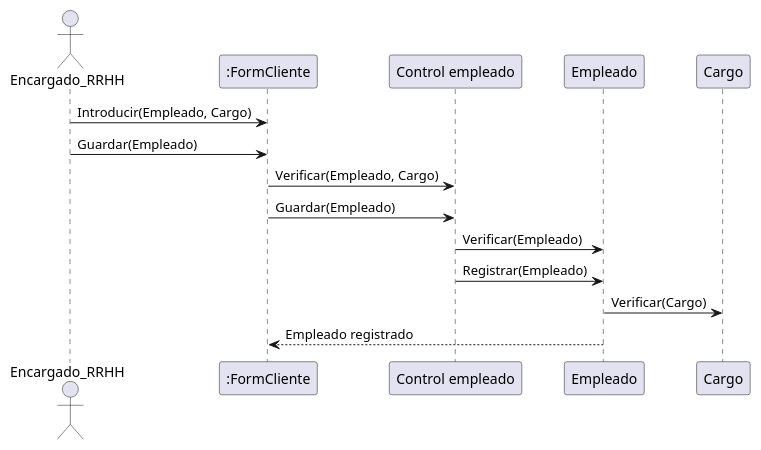
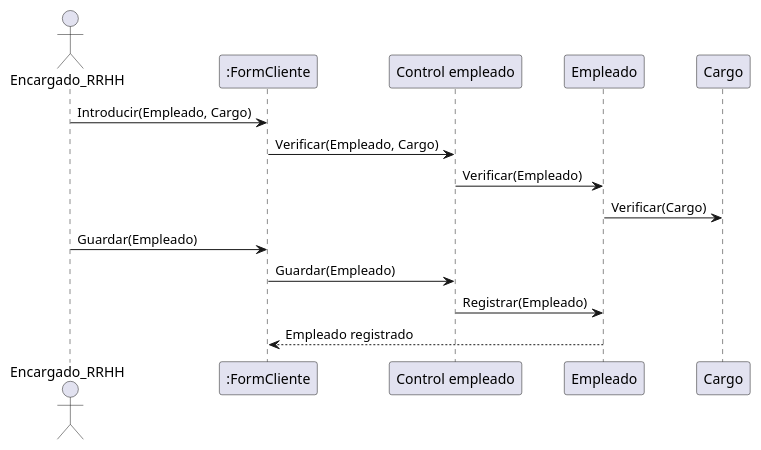
One commit to ricardoasinr/Sistemas-de-la-informacion changed the diagram in Caso Balanceo/Diagrama de secuencia/2. Gestionar RRHH.plantuml. Above: the diagram before and after it, drawn with PlantUML. The commit also changed 5 other files, not shown here.

Commit message:
Diagramas de secuencia corregidos

```diff
--- a/Caso Balanceo/Diagrama de secuencia/2. Gestionar RRHH.plantuml
+++ b/Caso Balanceo/Diagrama de secuencia/2. Gestionar RRHH.plantuml
@@ -1,25 +1,28 @@
 @startuml 2. Gestionar RRHH
 
 actor Encargado_RRHH
 
 
 Encargado_RRHH -> ":FormCliente": Introducir(Empleado, Cargo)
+":FormCliente" -> "Control empleado": Verificar(Empleado, Cargo)
+"Control empleado" -> "Empleado": Verificar(Empleado)
+
+"Empleado" -> "Cargo": Verificar(Cargo)
 
 Encargado_RRHH -> ":FormCliente": Guardar(Empleado) 
 
-":FormCliente" -> "Control empleado": Verificar(Empleado, Cargo)
+
 ":FormCliente" -> "Control empleado": Guardar(Empleado)
 
-"Control empleado" -> "Empleado": Verificar(Empleado)
+
 
 "Control empleado" -> "Empleado": Registrar(Empleado)
 
-"Empleado" -> "Cargo": Verificar(Cargo)
 
 
 "Empleado"--> ":FormCliente":Empleado registrado
 
 
 
 
 @enduml
```
